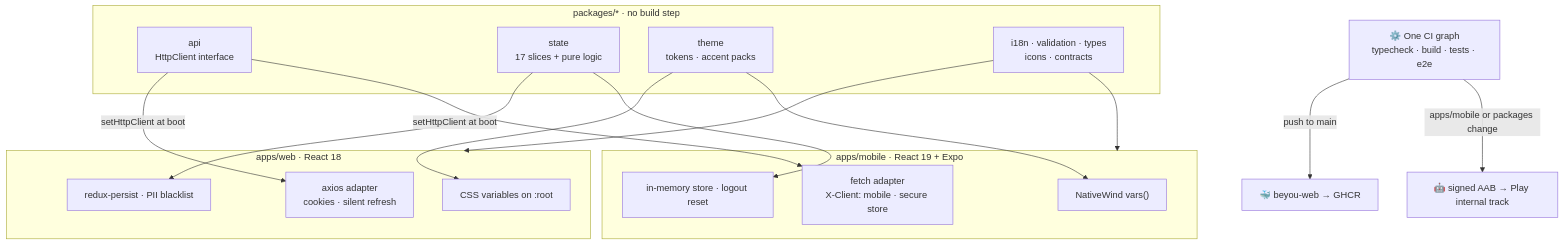
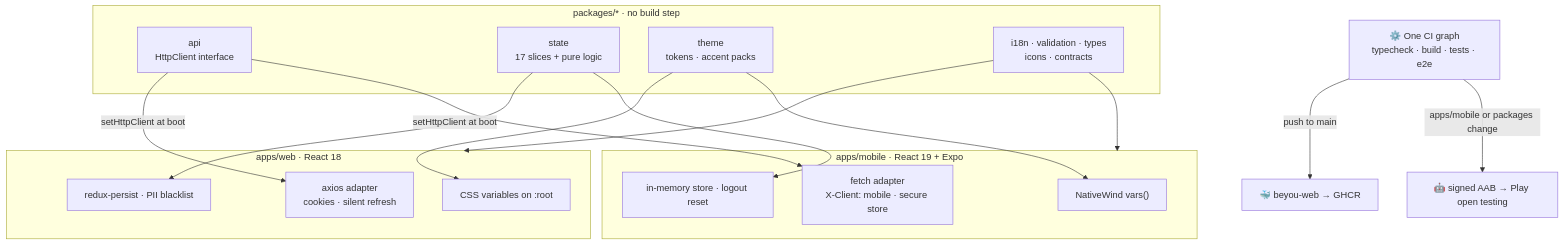
One commit to AndDev741/Beyou-arch-design changed the diagram in architecture/monorepo/diagram.mmd. Above: the diagram before and after it, drawn with Mermaid. The commit also changed 5 other files, not shown here.

First line of the commit message:
docs: mobile merges ship to Play open testing

```diff
--- a/architecture/monorepo/diagram.mmd
+++ b/architecture/monorepo/diagram.mmd
@@ -1,32 +1,32 @@
 flowchart TD
   subgraph pkgs["packages/* · no build step"]
     API["api<br/>HttpClient interface"]
     ST["state<br/>17 slices + pure logic"]
     TH["theme<br/>tokens · accent packs"]
     I18["i18n · validation · types<br/>icons · contracts"]
   end
 
   subgraph web["apps/web · React 18"]
     WAD["axios adapter<br/>cookies · silent refresh"]
     WPR["redux-persist · PII blacklist"]
     WCSS["CSS variables on :root"]
   end
 
   subgraph mob["apps/mobile · React 19 + Expo"]
     MAD["fetch adapter<br/>X-Client: mobile · secure store"]
     MST["in-memory store · logout reset"]
     MNW["NativeWind vars()"]
   end
 
   API -->|"setHttpClient at boot"| WAD
   API -->|"setHttpClient at boot"| MAD
   ST --> WPR
   ST --> MST
   TH --> WCSS
   TH --> MNW
   I18 --> web
   I18 --> mob
 
   CI["⚙️ One CI graph<br/>typecheck · build · tests · e2e"]
   CI -->|"push to main"| GHCR["🐳 beyou-web → GHCR"]
-  CI -->|"apps/mobile or packages change"| AAB["🤖 signed AAB → Play internal track"]
+  CI -->|"apps/mobile or packages change"| AAB["🤖 signed AAB → Play open testing"]
```
